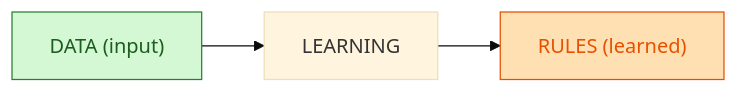
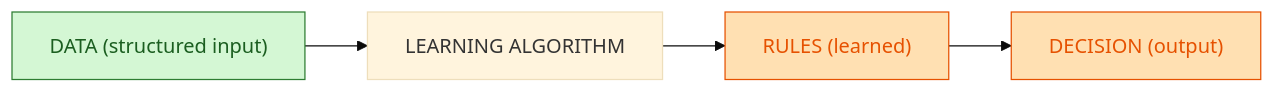
Before and after one commit to inskillflow/Travailler-en-IA-ecosysteme-et-opportunites: the second of 3 diagrams in sdsd.md, drawn with Mermaid (base theme). The commit also changed other lines of this file, not shown here.

````diff
--- a/sdsd.md
+++ b/sdsd.md
@@ -17,9 +28,13 @@
 ```mermaid
 flowchart LR
-  DATA["DATA (input)"] --> ALGO["LEARNING"] --> RULES["RULES (learned)"];
-  
-  classDef input fill:#d4f7d4,stroke:#2e7d32,stroke-width:1px,color:#1b5e20;
-  classDef output fill:#ffe0b2,stroke:#e65100,stroke-width:1px,color:#e65100;
+  %% ML : données structurées -> algo -> règles apprises -> décision
+  DATA["DATA (structured input)"] --> ALGO["LEARNING ALGORITHM"] --> RULES["RULES (learned)"];
+  RULES --> DEC["DECISION (output)"];
+
+  classDef input fill:#d4f7d4,stroke:#2e7d32,stroke-width:1px,color:#1b5e20; 
+  classDef output fill:#ffe0b2,stroke:#e65100,stroke-width:1px,color:#e65100; 
+
   class DATA input;
   class RULES output;
+  class DEC output;
 ```
````
